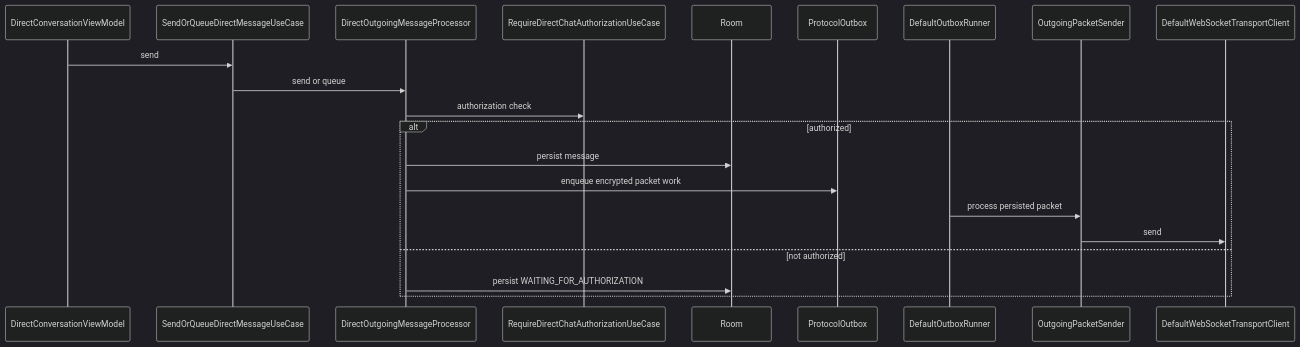
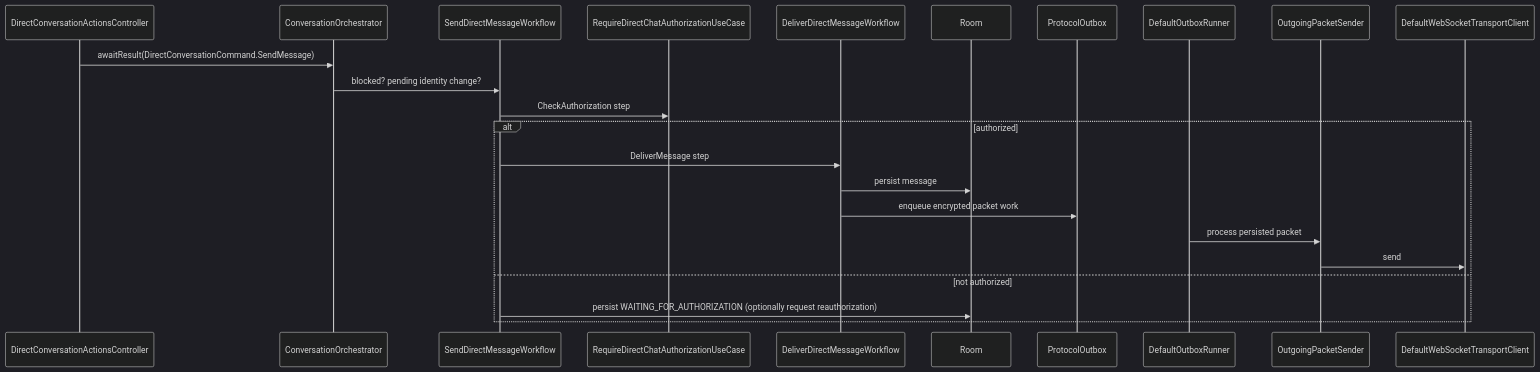
The first of 3 diagrams in docs/features/message-transport-flow.md (cbgm/Sparrow), drawn with Mermaid (dark theme) before and after one commit. The commit also changed other lines of this file and 1098 other files, not shown here.

````diff
--- a/docs/features/message-transport-flow.md
+++ b/docs/features/message-transport-flow.md
@@ -7,24 +7,26 @@
 ```mermaid
 sequenceDiagram
-    participant VM as DirectConversationViewModel
-    participant UC as SendOrQueueDirectMessageUseCase
-    participant DP as DirectOutgoingMessageProcessor
+    participant VM as DirectConversationActionsController
+    participant ORCH as ConversationOrchestrator
+    participant WF as SendDirectMessageWorkflow
     participant AUTH as RequireDirectChatAuthorizationUseCase
+    participant DEL as DeliverDirectMessageWorkflow
     participant DB as Room
     participant OUT as ProtocolOutbox
     participant RUN as DefaultOutboxRunner
     participant SEND as OutgoingPacketSender
     participant WS as DefaultWebSocketTransportClient
 
-    VM->>UC: send
-    UC->>DP: send or queue
-    DP->>AUTH: authorization check
+    VM->>ORCH: awaitResult(DirectConversationCommand.SendMessage)
+    ORCH->>WF: blocked? pending identity change?
+    WF->>AUTH: CheckAuthorization step
     alt authorized
-        DP->>DB: persist message
-        DP->>OUT: enqueue encrypted packet work
+        WF->>DEL: DeliverMessage step
+        DEL->>DB: persist message
+        DEL->>OUT: enqueue encrypted packet work
         RUN->>SEND: process persisted packet
         SEND->>WS: send
     else not authorized
-        DP->>DB: persist WAITING_FOR_AUTHORIZATION
+        WF->>DB: persist WAITING_FOR_AUTHORIZATION (optionally request reauthorization)
     end
 ```
````
